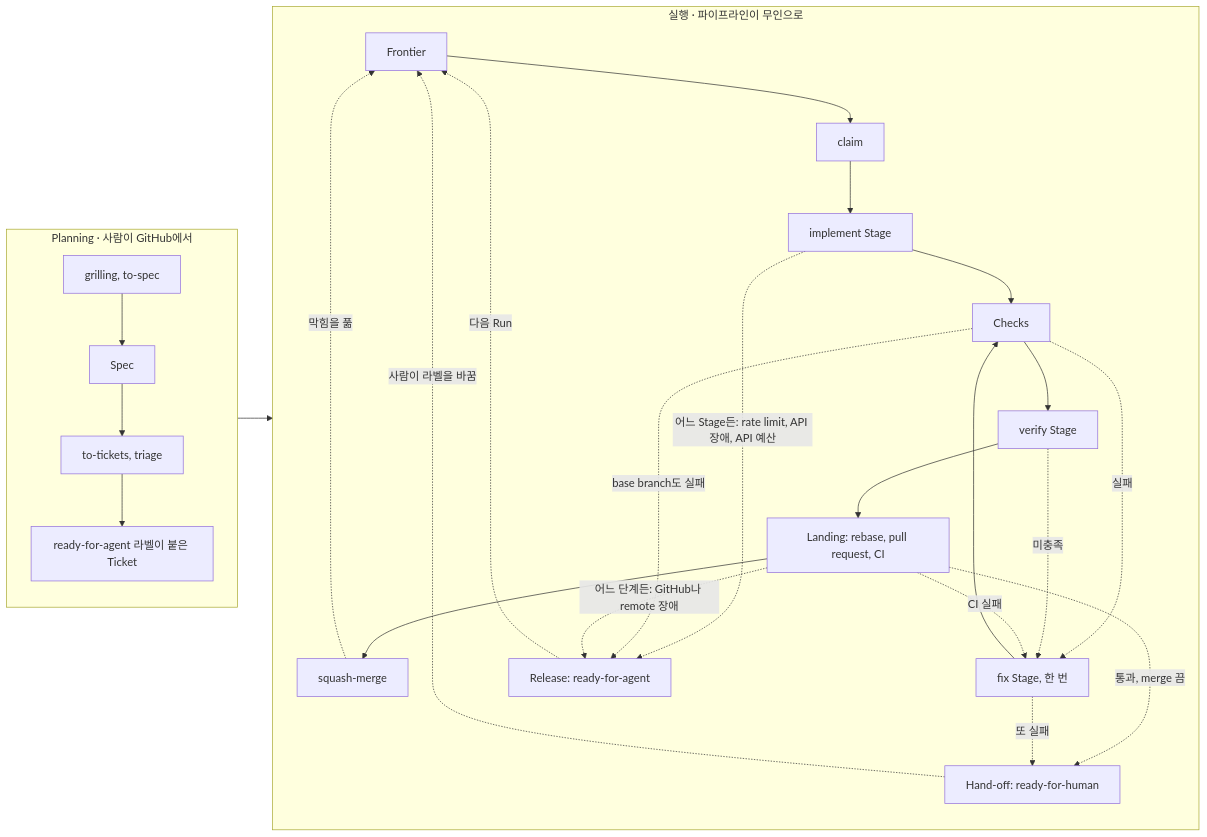
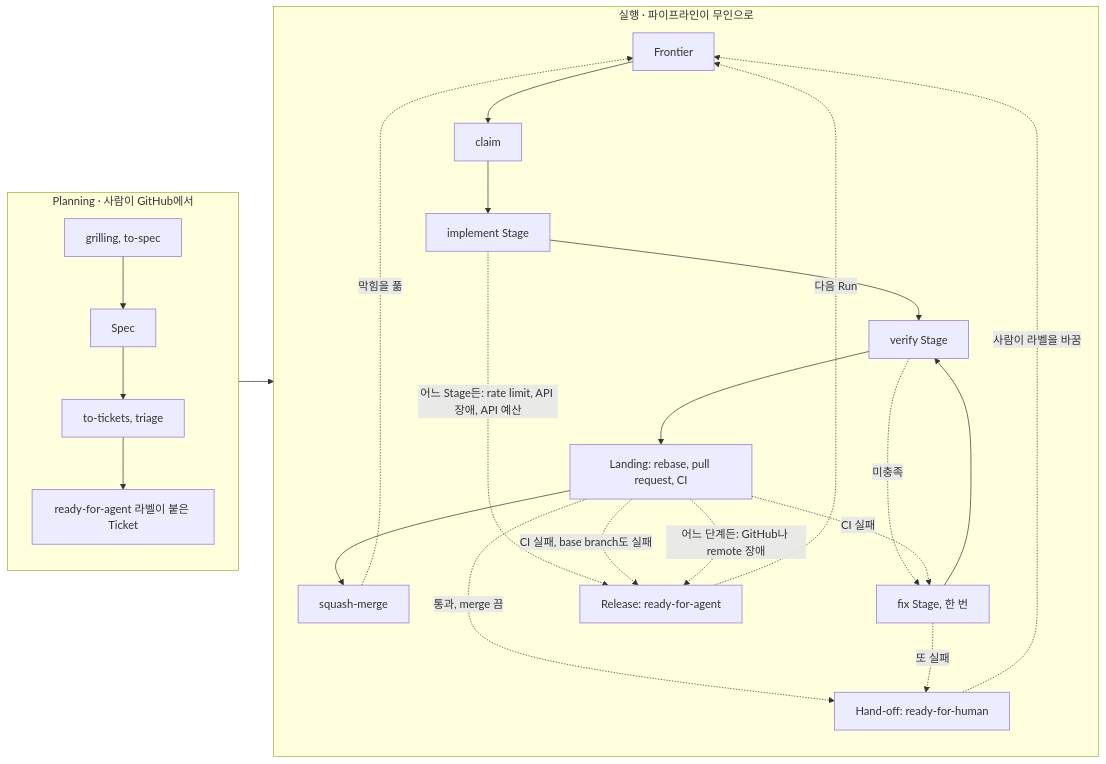
The diagram in wiki/ko/index.md (jjongs2/ticket-runner), drawn with Mermaid before and after one commit. The commit also changed other lines of this file and 56 other files, not shown here.

````diff
--- a/wiki/ko/index.md
+++ b/wiki/ko/index.md
@@ -54,31 +54,29 @@
 ```mermaid
 flowchart LR
   subgraph Planning["Planning · 사람이 GitHub에서"]
     direction TB
     G["grilling, to-spec"] --> S[Spec]
     S --> T["to-tickets, triage"]
     T --> R["ready-for-agent 라벨이 붙은 Ticket"]
   end
   subgraph Execution["실행 · 파이프라인이 무인으로"]
     direction TB
     F[Frontier] --> C[claim]
     C --> I[implement Stage]
-    I --> K[Checks]
-    K --> V[verify Stage]
+    I --> V[verify Stage]
     V --> L["Landing: rebase, pull request, CI"]
     L --> M[squash-merge]
     L -. "통과, merge 끔" .-> H
-    K -. 실패 .-> X["fix Stage, 한 번"]
-    V -. 미충족 .-> X
+    V -. 미충족 .-> X["fix Stage, 한 번"]
     L -. CI 실패 .-> X
-    X --> K
+    X --> V
     X -. 또 실패 .-> H["Hand-off: ready-for-human"]
     I -. "어느 Stage든: rate limit, API 장애, API 예산" .-> RL["Release: ready-for-agent"]
-    K -. base branch도 실패 .-> RL
+    L -. "CI 실패, base branch도 실패" .-> RL
     L -. "어느 단계든: GitHub나 remote 장애" .-> RL
   end
   R --> F
   M -. 막힘을 풂 .-> F
   H -. 사람이 라벨을 바꿈 .-> F
   RL -. 다음 Run .-> F
 ```
````
